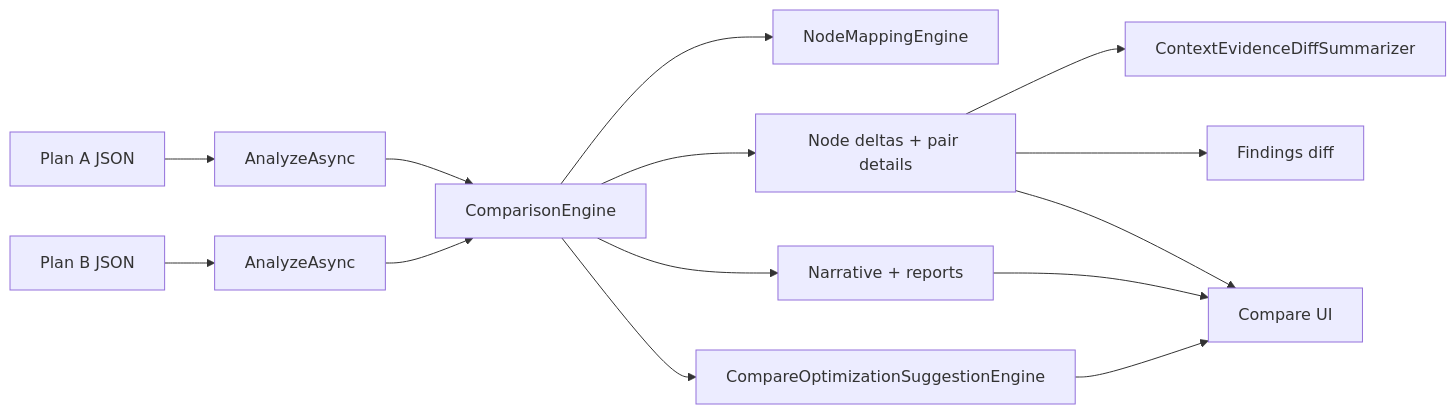
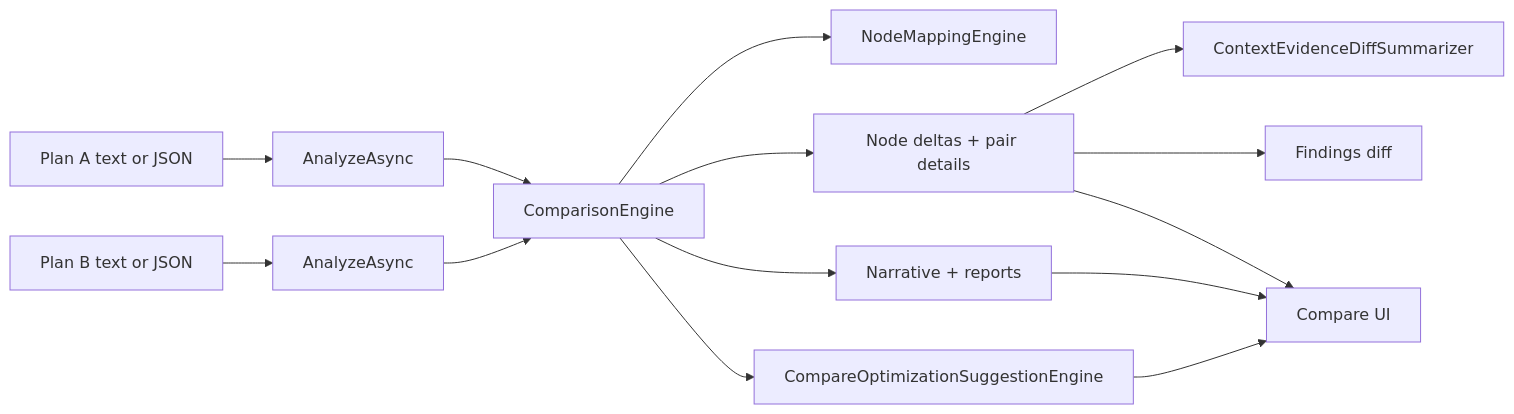
Before and after one commit to sempervent/postgres-query-autopsy-tool: the second of 4 diagrams in docs/architecture.md, drawn with Mermaid. The commit also changed other lines of this file and 59 other files, not shown here.

````diff
--- a/docs/architecture.md
+++ b/docs/architecture.md
@@ -98,16 +98,16 @@
 ```mermaid
 flowchart LR
-  A[Plan A JSON] --> AA[AnalyzeAsync]
-  B[Plan B JSON] --> BB[AnalyzeAsync]
+  A[Plan A text or JSON] --> AA[AnalyzeAsync]
+  B[Plan B text or JSON] --> BB[AnalyzeAsync]
   AA --> C[ComparisonEngine]
   BB --> C
   C --> D[NodeMappingEngine]
   C --> E[Node deltas + pair details]
   E --> F[ContextEvidenceDiffSummarizer]
   E --> G[Findings diff]
   C --> H[Narrative + reports]
   C --> COS[CompareOptimizationSuggestionEngine]
   COS --> I[Compare UI]
   E --> I
   H --> I
 ```
````
